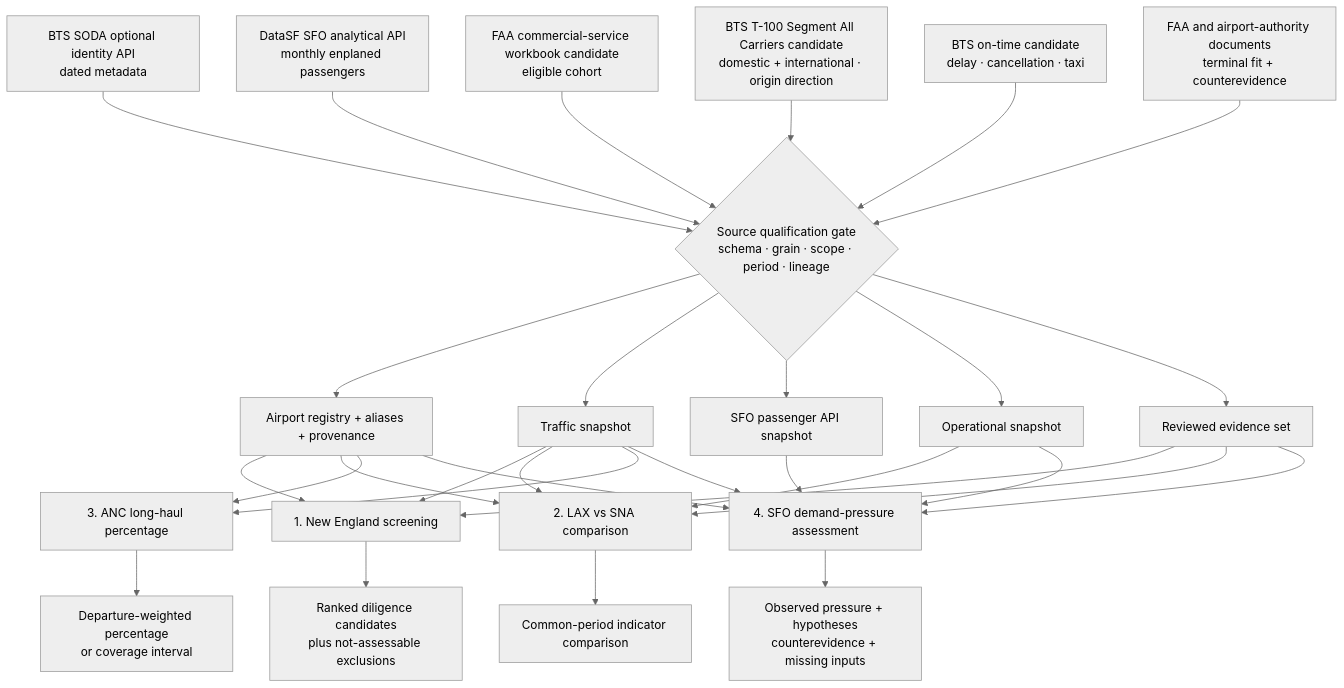
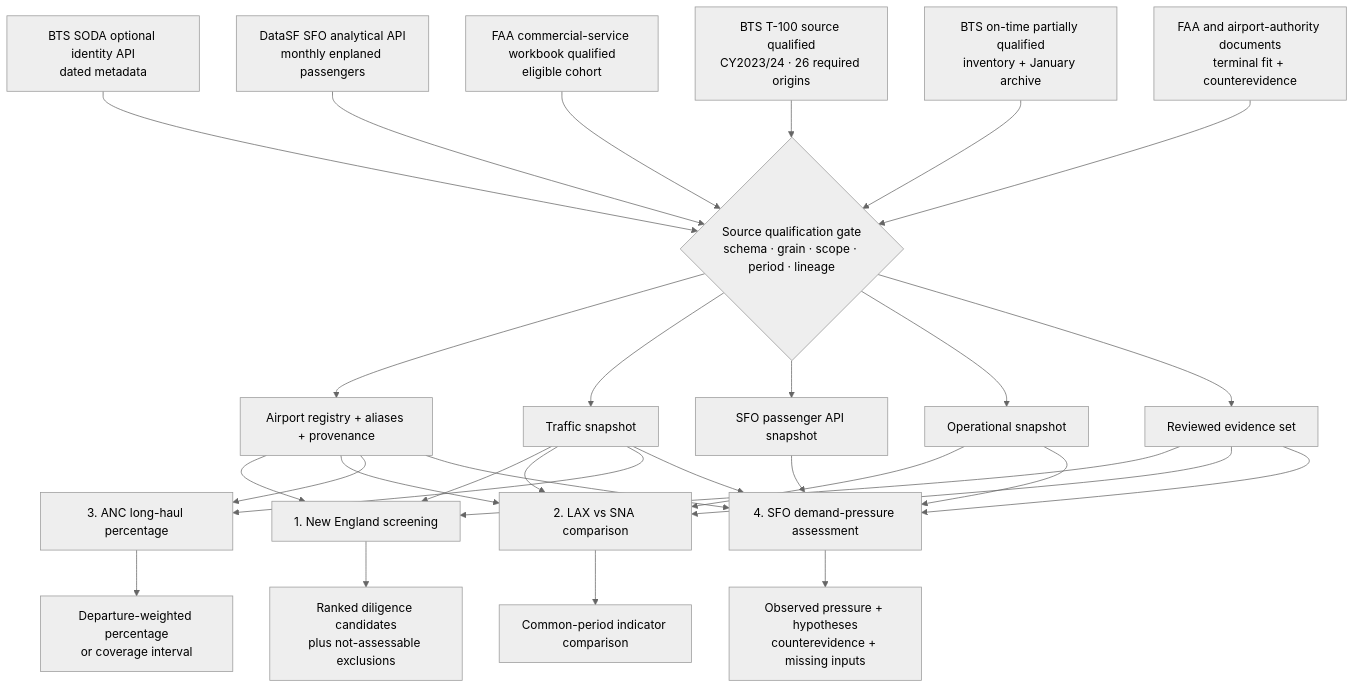
Before and after one commit to Bar-Bettash/deloitte-home-assignment: the third of 3 diagrams in README.md, drawn with Mermaid (neutral theme). The commit also changed other lines of this file and 2 other files, not shown here.

Commit message:
docs: qualify assignment T-100 source scope

````diff
--- a/README.md
+++ b/README.md
@@ -182,47 +182,47 @@
 ```mermaid
 flowchart TB
     Gate{Source qualification gate<br/>schema · grain · scope · period · lineage}
 
     SODA[BTS SODA optional identity API<br/>dated metadata]
     SFAPI[DataSF SFO analytical API<br/>monthly enplaned passengers]
-    FAA[FAA commercial-service workbook candidate<br/>eligible cohort]
-    T100[BTS T-100 Segment All Carriers candidate<br/>domestic + international · origin direction]
-    OTP[BTS on-time candidate<br/>delay · cancellation · taxi]
+    FAA[FAA commercial-service workbook qualified<br/>eligible cohort]
+    T100[BTS T-100 source qualified<br/>CY2023/24 · 26 required origins]
+    OTP[BTS on-time partially qualified<br/>inventory + January archive]
     Docs[FAA and airport-authority documents<br/>terminal fit + counterevidence]
 
     SODA --> Gate
     SFAPI --> Gate
     FAA --> Gate
     T100 --> Gate
     OTP --> Gate
     Docs --> Gate
 
     Gate --> Registry[Airport registry + aliases + provenance]
     Gate --> Traffic[Traffic snapshot]
     Gate --> SFOMonthly[SFO passenger API snapshot]
     Gate --> Operations[Operational snapshot]
     Gate --> EvidenceSet[Reviewed evidence set]
 
     Registry --> W1[1. New England screening]
     Traffic --> W1
     EvidenceSet --> W1
 
     Registry --> W2[2. LAX vs SNA comparison]
     Traffic --> W2
     Operations --> W2
     EvidenceSet --> W2
 
     Registry --> W3[3. ANC long-haul percentage]
     Traffic --> W3
 
     Registry --> W4[4. SFO demand-pressure assessment]
     Traffic --> W4
     SFOMonthly --> W4
     Operations --> W4
     EvidenceSet --> W4
 
     W1 --> O1[Ranked diligence candidates<br/>plus not-assessable exclusions]
     W2 --> O2[Common-period indicator comparison]
     W3 --> O3[Departure-weighted percentage<br/>or coverage interval]
     W4 --> O4[Observed pressure + hypotheses<br/>counterevidence + missing inputs]
 ```
````
